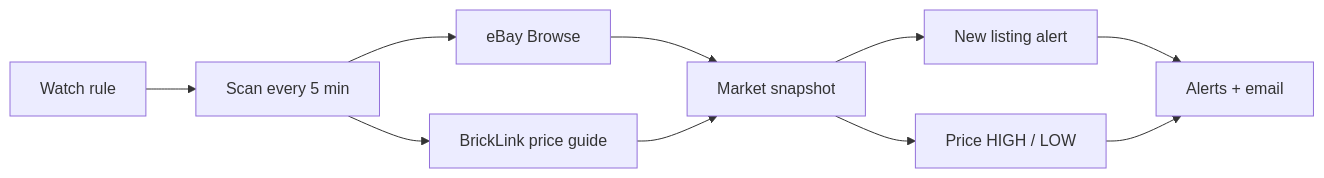
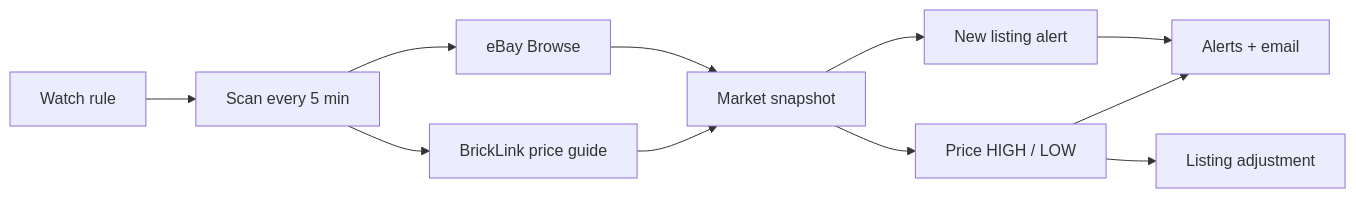
The second of 4 diagrams in docs/feature-flows.md (EspA/the-timeless-vault), drawn with Mermaid before and after one commit. The commit also changed 23 other files, not shown here.

Commit message:
Add a Listing adjustment queue for PRICE HIGH / PRICE LOW so alerts fire once and prices can be fixed in place.

````diff
--- a/docs/feature-flows.md
+++ b/docs/feature-flows.md
@@ -29,12 +29,13 @@
 ```mermaid
 flowchart LR
   rule[Watch rule] --> trigger[Scan every 5 min]
   trigger --> ebayScan[eBay Browse]
   trigger --> blScan[BrickLink price guide]
   ebayScan --> snapshot[Market snapshot]
   blScan --> snapshot
   snapshot --> newLot[New listing alert]
   snapshot --> guard[Price HIGH / LOW]
   newLot --> alerts[Alerts + email]
   guard --> alerts
+  guard --> adjust[Listing adjustment]
 ```
````
